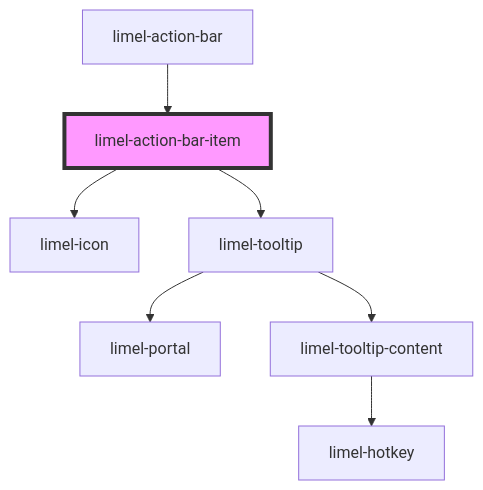
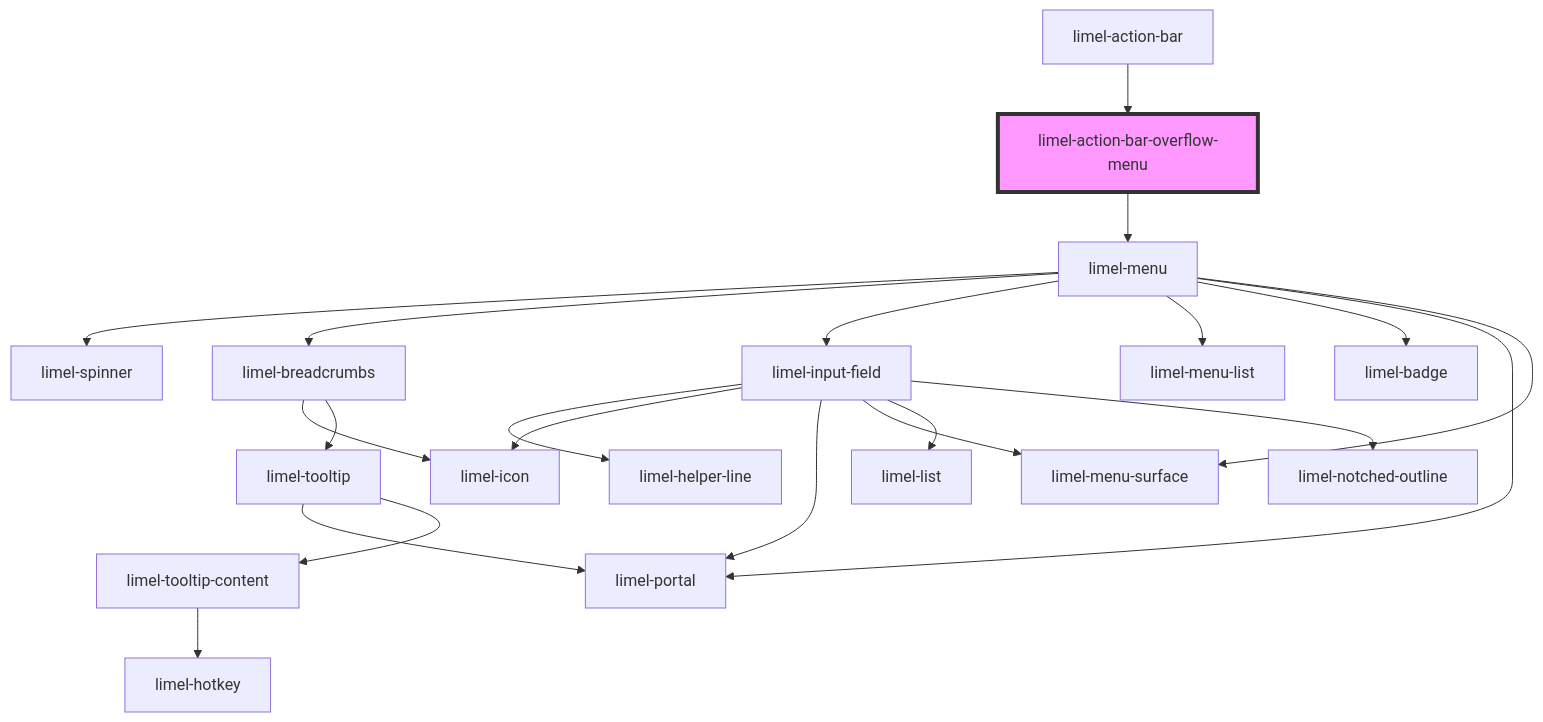
The diagram in versions/PR-4056/markdown-docs/components/action-bar/action-bar-item/readme.md (Lundalogik/lime-elements), drawn with Mermaid before and after one commit. The commit also changed other lines of this file and 6 other files, not shown here.

````diff
--- a/versions/PR-4056/markdown-docs/components/action-bar/action-bar-item/readme.md
+++ b/versions/PR-4056/markdown-docs/components/action-bar/action-bar-item/readme.md
@@ -33,10 +31,24 @@
 ```mermaid
 graph TD;
-  limel-action-bar-item --> limel-icon
-  limel-action-bar-item --> limel-tooltip
+  limel-action-bar-overflow-menu --> limel-menu
+  limel-menu --> limel-spinner
+  limel-menu --> limel-breadcrumbs
+  limel-menu --> limel-input-field
+  limel-menu --> limel-menu-list
+  limel-menu --> limel-badge
+  limel-menu --> limel-portal
+  limel-menu --> limel-menu-surface
+  limel-breadcrumbs --> limel-icon
+  limel-breadcrumbs --> limel-tooltip
   limel-tooltip --> limel-portal
   limel-tooltip --> limel-tooltip-content
   limel-tooltip-content --> limel-hotkey
-  limel-action-bar --> limel-action-bar-item
-  style limel-action-bar-item fill:#f9f,stroke:#333,stroke-width:4px
+  limel-input-field --> limel-helper-line
+  limel-input-field --> limel-icon
+  limel-input-field --> limel-portal
+  limel-input-field --> limel-menu-surface
+  limel-input-field --> limel-list
+  limel-input-field --> limel-notched-outline
+  limel-action-bar --> limel-action-bar-overflow-menu
+  style limel-action-bar-overflow-menu fill:#f9f,stroke:#333,stroke-width:4px
 ```
````
